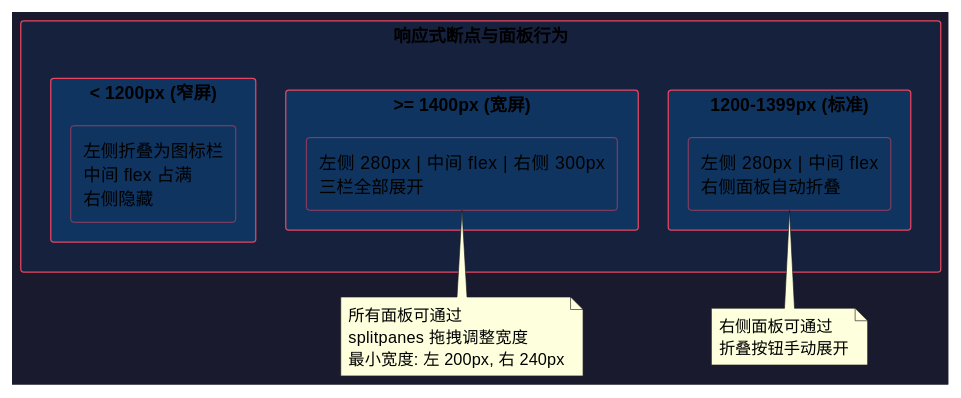
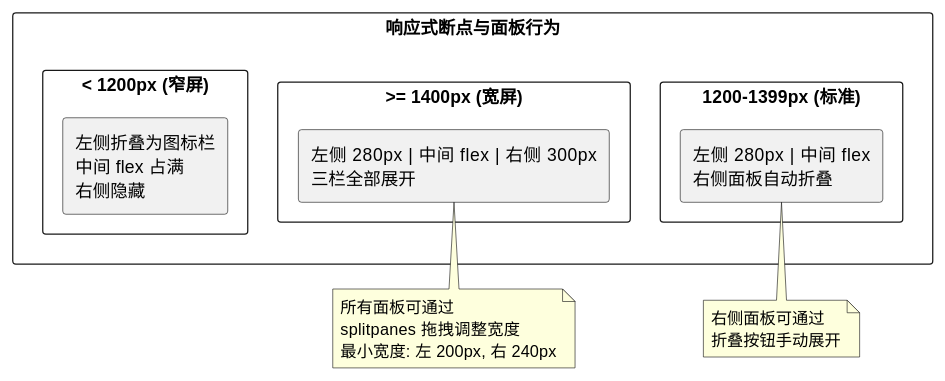
Before and after one commit to taoweidong/Hello-Tauri: the seventh of 20 diagrams in docs/superpowers/specs/2026-06-26-system-architecture-design.md, drawn with PlantUML. The commit also changed other lines of this file and 1 other file, not shown here.

Commit message:
docs: add README, remove PlantUML dark theme styles

````diff
--- a/docs/superpowers/specs/2026-06-26-system-architecture-design.md
+++ b/docs/superpowers/specs/2026-06-26-system-architecture-design.md
@@ -369,35 +335,30 @@
 ```plantuml
 @startuml
-skinparam backgroundColor #1a1a2e
-skinparam defaultTextColor #e0e0e0
-skinparam rectangleBackgroundColor #0f3460
-skinparam rectangleBorderColor #e94560
-skinparam arrowColor #e94560
 
-rectangle "响应式断点与面板行为" #16213e {
+rectangle "响应式断点与面板行为" {
 
-  rectangle ">= 1400px (宽屏)" #0f3460 {
+  rectangle ">= 1400px (宽屏)" {
     rectangle "左侧 280px | 中间 flex | 右侧 300px\n三栏全部展开" as wide
   }
 
-  rectangle "1200-1399px (标准)" #0f3460 {
+  rectangle "1200-1399px (标准)" {
     rectangle "左侧 280px | 中间 flex\n右侧面板自动折叠" as normal
   }
 
-  rectangle "< 1200px (窄屏)" #0f3460 {
+  rectangle "< 1200px (窄屏)" {
     rectangle "左侧折叠为图标栏\n中间 flex 占满\n右侧隐藏" as narrow
   }
 }
 
 note bottom of wide
   所有面板可通过
   splitpanes 拖拽调整宽度
   最小宽度: 左 200px, 右 240px
 end note
 
 note bottom of normal
   右侧面板可通过
   折叠按钮手动展开
 end note
 @enduml
 ```
````
